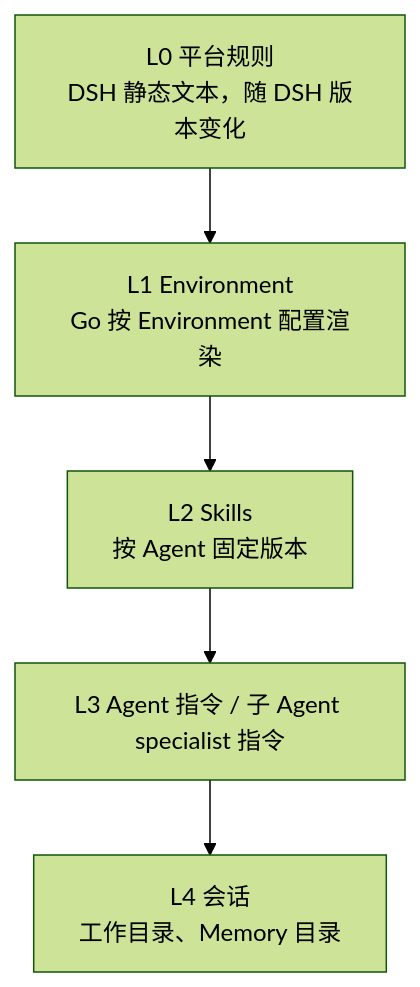
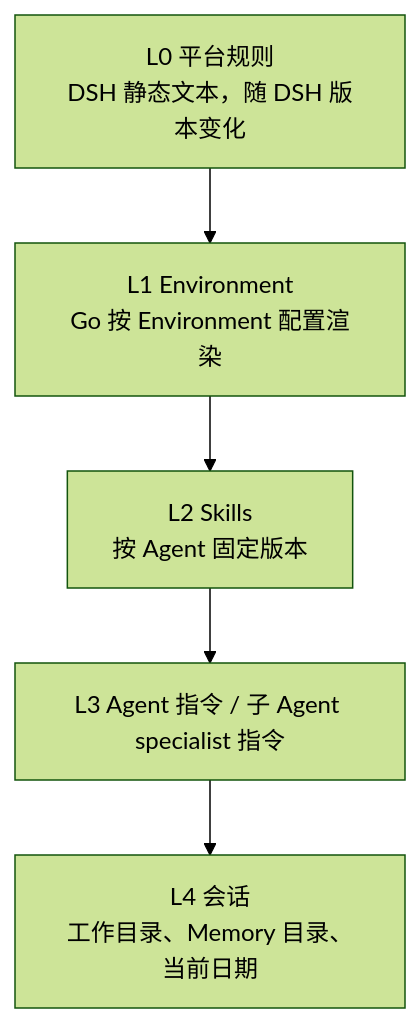
Before and after one commit to superduck-ai/open-managed-agents: the diagram in docs/design/be/agent-system-prompt.md, drawn with Mermaid (forest theme). The commit also changed other lines of this file and 6 other files, not shown here.

````diff
--- a/docs/design/be/agent-system-prompt.md
+++ b/docs/design/be/agent-system-prompt.md
@@ -9,8 +9,8 @@
 ```mermaid
 flowchart TB
   L0["L0 平台规则<br/>DSH 静态文本，随 DSH 版本变化"] --> L1
   L1["L1 Environment<br/>Go 按 Environment 配置渲染"] --> L2
   L2["L2 Skills<br/>按 Agent 固定版本"] --> L3
   L3["L3 Agent 指令 / 子 Agent specialist 指令"] --> L4
-  L4["L4 会话<br/>工作目录、Memory 目录"]
+  L4["L4 会话<br/>工作目录、Memory 目录、当前日期"]
 ```
````
